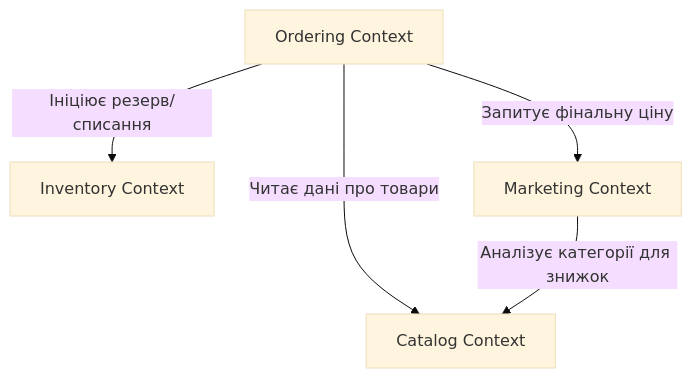
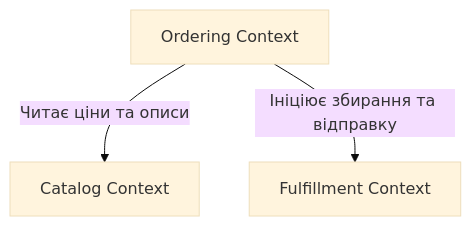
One commit to Pechurick/Market changed the diagram in docs/lab3/strategic-design.md. Above: the diagram before and after it, drawn with Mermaid (base theme).

Commit message:
changed md

````diff
--- a/docs/lab3/strategic-design.md
+++ b/docs/lab3/strategic-design.md
@@ -38,12 +38,9 @@
 ```mermaid
 graph TD
     Catalog[Catalog Context]
     Ordering[Ordering Context]
-    Inventory[Inventory Context]
-    Marketing[Marketing Context]
+    Fulfillment[Fulfillment Context]
 
-    Ordering -->|Запитує фінальну ціну| Marketing
-    Ordering -->|Ініціює резерв/списання| Inventory
-    Ordering -->|Читає дані про товари| Catalog
-    Marketing -->|Аналізує категорії для знижок| Catalog
+    Ordering -->|Читає ціни та описи| Catalog
+    Ordering -->|Ініціює збирання та відправку| Fulfillment
 ```
````
